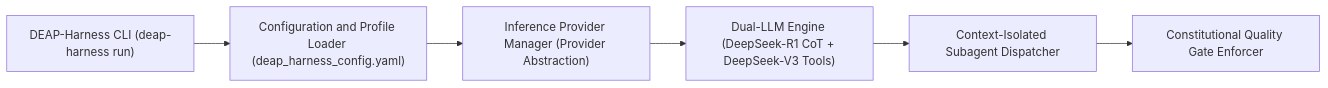
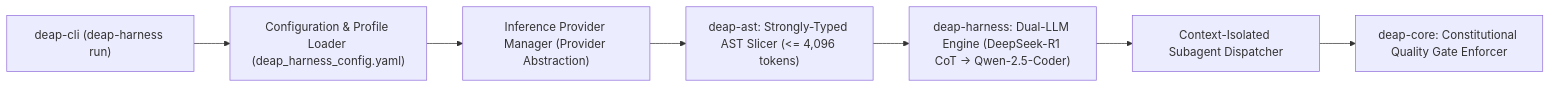
One commit to gintatkinson/DEAP01-spec-core changed the second of 4 diagrams in docs/architecture/blueprints/DEAP_DEEPSEEK_HARNESS_INTEGRATION_BLUEPRINT.md. Above: the diagram before and after it, drawn with Mermaid. The commit also changed other lines of this file and 34 other files, not shown here.

Commit message:
docs(architecture): decontaminate reference blueprints and establish master execution plan (refs #405, refs #406)

````diff
--- a/docs/architecture/blueprints/DEAP_DEEPSEEK_HARNESS_INTEGRATION_BLUEPRINT.md
+++ b/docs/architecture/blueprints/DEAP_DEEPSEEK_HARNESS_INTEGRATION_BLUEPRINT.md
@@ -100,8 +106,9 @@
 ```mermaid
 flowchart LR
-    CLI["DEAP-Harness CLI (deap-harness run)"] --> ConfigLoader["Configuration and Profile Loader (deap_harness_config.yaml)"]
+    CLI["deap-cli (deap-harness run)"] --> ConfigLoader["Configuration & Profile Loader (deap_harness_config.yaml)"]
     ConfigLoader --> ProviderManager["Inference Provider Manager (Provider Abstraction)"]
-    ProviderManager --> DualEngine["Dual-LLM Engine (DeepSeek-R1 CoT + DeepSeek-V3 Tools)"]
+    ProviderManager --> ASTSlicer["deap-ast: Strongly-Typed AST Slicer (<= 4,096 tokens)"]
+    ASTSlicer --> DualEngine["deap-harness: Dual-LLM Engine (DeepSeek-R1 CoT -> Qwen-2.5-Coder)"]
     DualEngine --> SubagentDispatcher["Context-Isolated Subagent Dispatcher"]
-    SubagentDispatcher --> GateEnforcer["Constitutional Quality Gate Enforcer"]
+    SubagentDispatcher --> GateEnforcer["deap-core: Constitutional Quality Gate Enforcer"]
 ```
````
